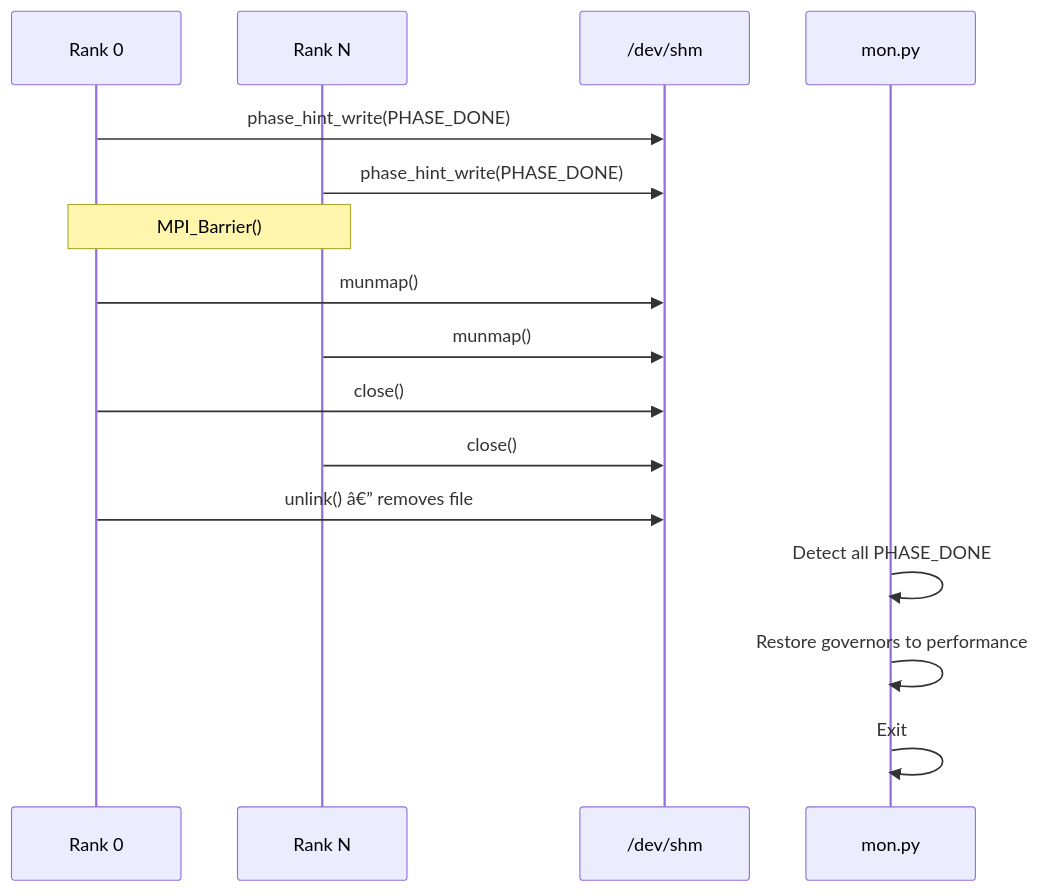
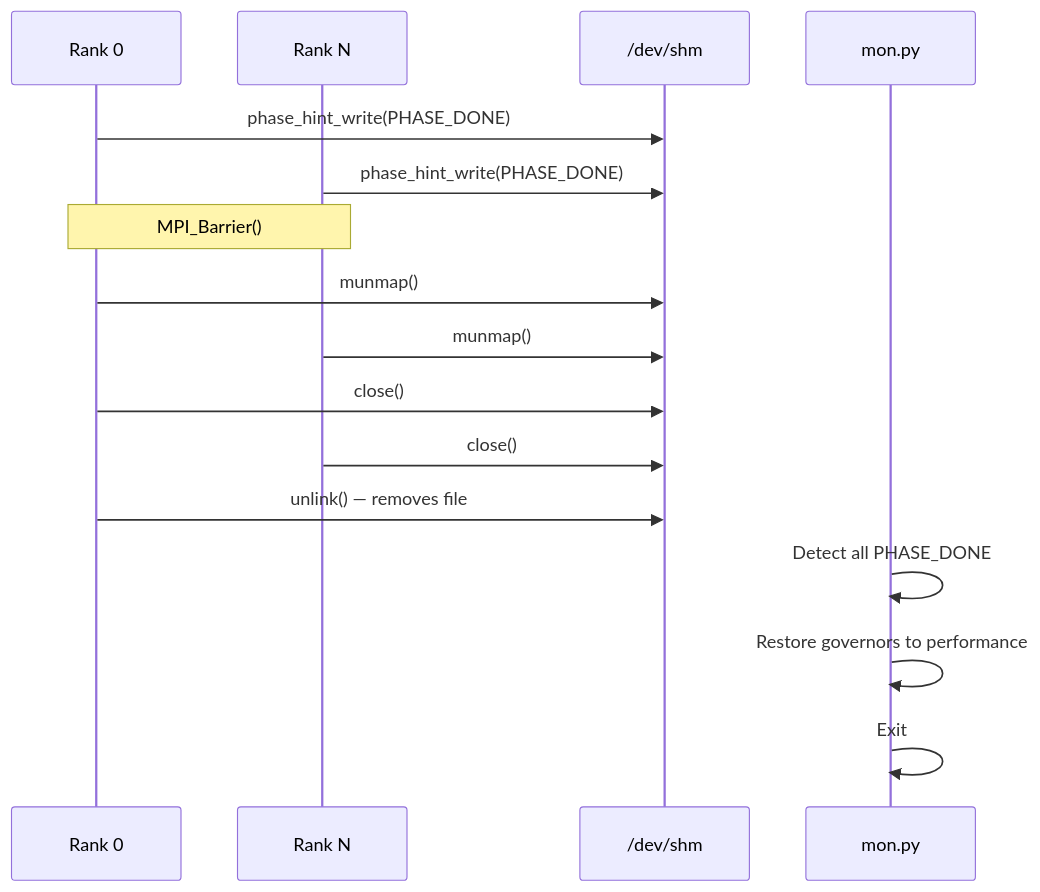
The sixth of 10 diagrams in MASTER_ARCHITECTURE.md (johnnietse/elec-498-group-30-2025-2026-proxy-app), drawn with Mermaid before and after one commit. The commit also changed other lines of this file, not shown here.

Commit message:
fix: resolve mojibake text corruption in MASTER_ARCHITECTURE.md

````diff
--- a/MASTER_ARCHITECTURE.md
+++ b/MASTER_ARCHITECTURE.md
@@ -528,20 +528,20 @@
 ```mermaid
 sequenceDiagram
     participant R0 as Rank 0
     participant RN as Rank N
     participant SHM as /dev/shm
     participant Mon as mon.py
 
     R0->>SHM: phase_hint_write(PHASE_DONE)
     RN->>SHM: phase_hint_write(PHASE_DONE)
     Note over R0,RN: MPI_Barrier()
     R0->>SHM: munmap()
     RN->>SHM: munmap()
     R0->>SHM: close()
     RN->>SHM: close()
-    R0->>SHM: unlink() â€” removes file
+    R0->>SHM: unlink() — removes file
     
     Mon->>Mon: Detect all PHASE_DONE
     Mon->>Mon: Restore governors to performance
     Mon->>Mon: Exit
 ```
````
